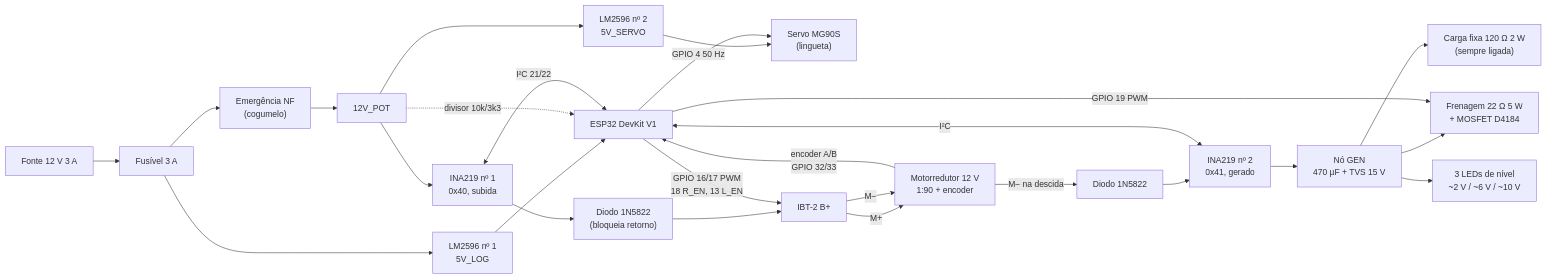
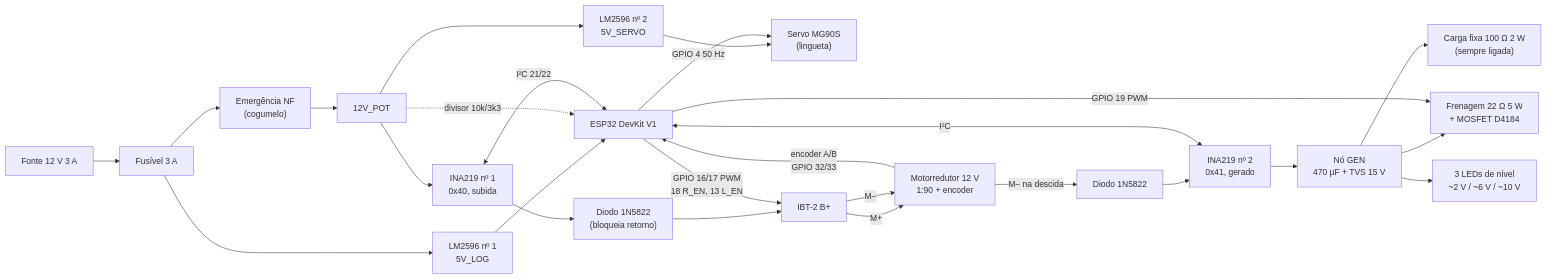
The first of 2 diagrams in MVP_FABLAB/02_ARQUITETO/circuito.md (raimundogabriel/projeto-bateria-gravitacional), drawn with Mermaid before and after one commit. The commit also changed other lines of this file and 22 other files, not shown here.

````diff
--- a/MVP_FABLAB/02_ARQUITETO/circuito.md
+++ b/MVP_FABLAB/02_ARQUITETO/circuito.md
@@ -21,28 +21,28 @@
 ```mermaid
 flowchart LR
     PSU["Fonte 12 V 3 A"] --> FUS["Fusível 3 A"]
     FUS --> BUCK1["LM2596 nº 1<br/>5V_LOG"]
     BUCK1 --> ESP["ESP32 DevKit V1"]
     FUS --> EM["Emergência NF<br/>(cogumelo)"]
     EM --> POT["12V_POT"]
     POT --> BUCK2["LM2596 nº 2<br/>5V_SERVO"]
     BUCK2 --> SERVO["Servo MG90S<br/>(lingueta)"]
     POT --> INA1["INA219 nº 1<br/>0x40, subida"]
     INA1 --> DS["Diodo 1N5822<br/>(bloqueia retorno)"]
     DS --> IBT["IBT-2 B+"]
     POT -.divisor 10k/3k3.-> ESP
     IBT -->|M+| MOT["Motorredutor 12 V<br/>1:90 + encoder"]
     IBT -->|M−| MOT
     MOT -->|"M− na descida"| DG["Diodo 1N5822"]
     DG --> INA2["INA219 nº 2<br/>0x41, gerado"]
     INA2 --> GEN["Nó GEN<br/>470 µF + TVS 15 V"]
-    GEN --> FIX["Carga fixa 120 Ω 2 W<br/>(sempre ligada)"]
+    GEN --> FIX["Carga fixa 100 Ω 2 W<br/>(sempre ligada)"]
     GEN --> FR["Frenagem 22 Ω 5 W<br/>+ MOSFET D4184"]
     GEN --> LEDS["3 LEDs de nível<br/>~2 V / ~6 V / ~10 V"]
     ESP -->|"GPIO 16/17 PWM<br/>18 R_EN, 13 L_EN"| IBT
     ESP -->|GPIO 19 PWM| FR
     ESP -->|GPIO 4 50 Hz| SERVO
     MOT -->|"encoder A/B<br/>GPIO 32/33"| ESP
     INA1 <-->|I²C 21/22| ESP
     INA2 <-->|I²C| ESP
 ```
````
